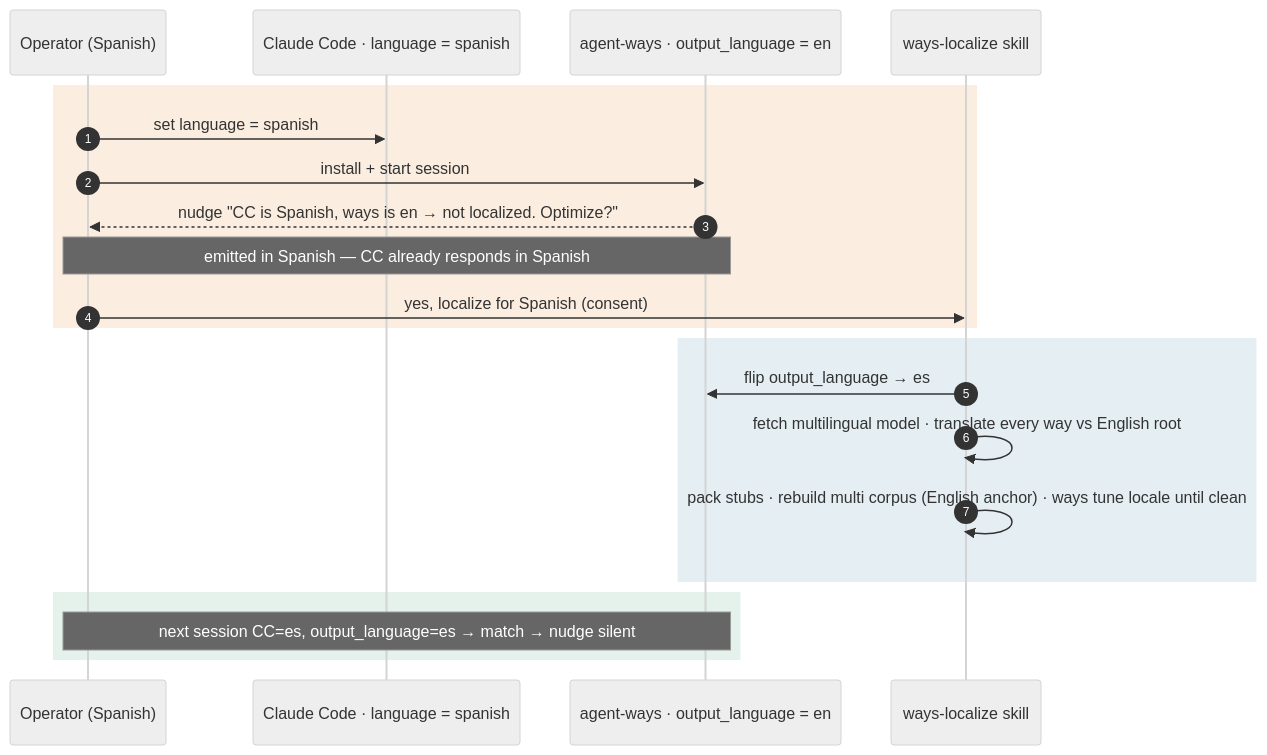
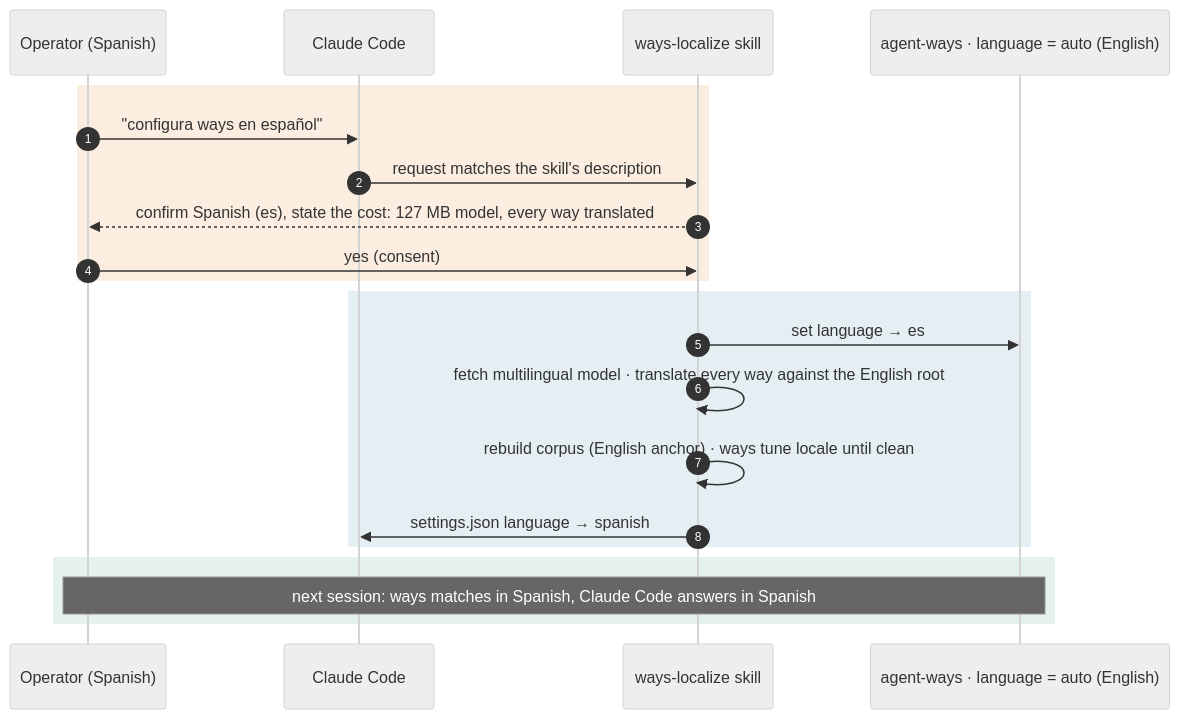
Before and after one commit to aaronsb/agent-ways: the diagram in docs/explanation/localization/scenario-the-language-switch.md, drawn with Mermaid (neutral theme). The commit also changed other lines of this file and 33 other files, not shown here.

````diff
--- a/docs/explanation/localization/scenario-the-language-switch.md
+++ b/docs/explanation/localization/scenario-the-language-switch.md
@@ -21,23 +21,23 @@
 ```mermaid
 sequenceDiagram
     autonumber
     participant Op as Operator (Spanish)
-    participant CC as Claude Code · language = spanish
-    participant W as agent-ways · output_language = en
+    participant CC as Claude Code
     participant L as ways-localize skill
+    participant W as agent-ways · language = auto (English)
     rect rgba(217,119,6,0.12)
-    Op->>CC: set language = spanish
-    Op->>W: install + start session
-    W-->>Op: nudge "CC is Spanish, ways is en → not localized. Optimize?"
-    Note over W,Op: emitted in Spanish — CC already responds in Spanish
-    Op->>L: yes, localize for Spanish (consent)
+    Op->>CC: "configura ways en español"
+    CC->>L: request matches the skill's description
+    L-->>Op: confirm Spanish (es), state the cost: 127 MB model, every way translated
+    Op->>L: yes (consent)
     end
     rect rgba(45,125,154,0.12)
-    L->>W: flip output_language → es
-    L->>L: fetch multilingual model · translate every way vs English root
-    L->>L: pack stubs · rebuild multi corpus (English anchor) · ways tune locale until clean
+    L->>W: set language → es
+    L->>L: fetch multilingual model · translate every way against the English root
+    L->>L: rebuild corpus (English anchor) · ways tune locale until clean
+    L->>CC: settings.json language → spanish
     end
     rect rgba(45,142,94,0.12)
-    Note over Op,W: next session CC=es, output_language=es → match → nudge silent
+    Note over Op,W: next session: ways matches in Spanish, Claude Code answers in Spanish
     end
 ```
````
